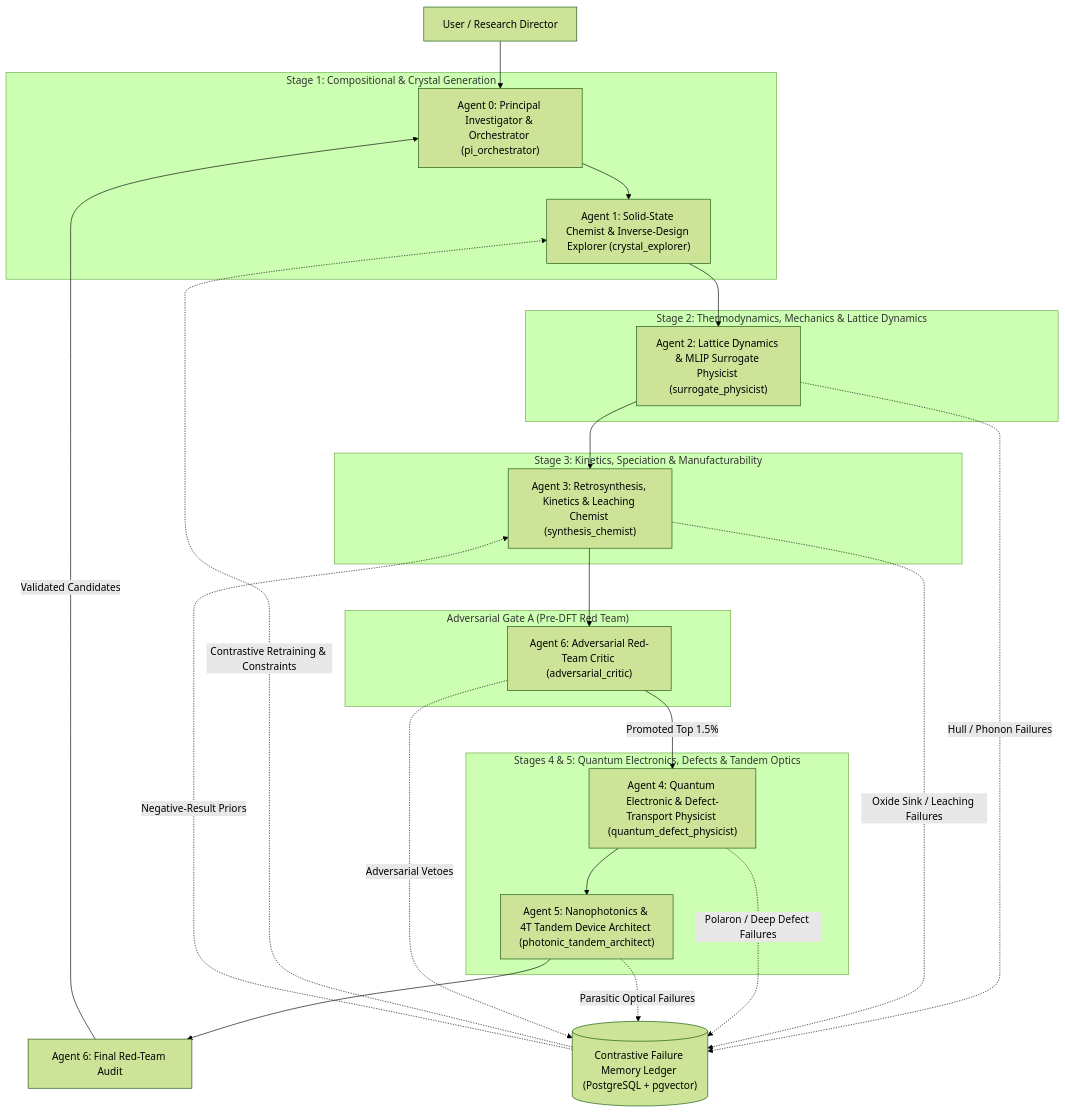
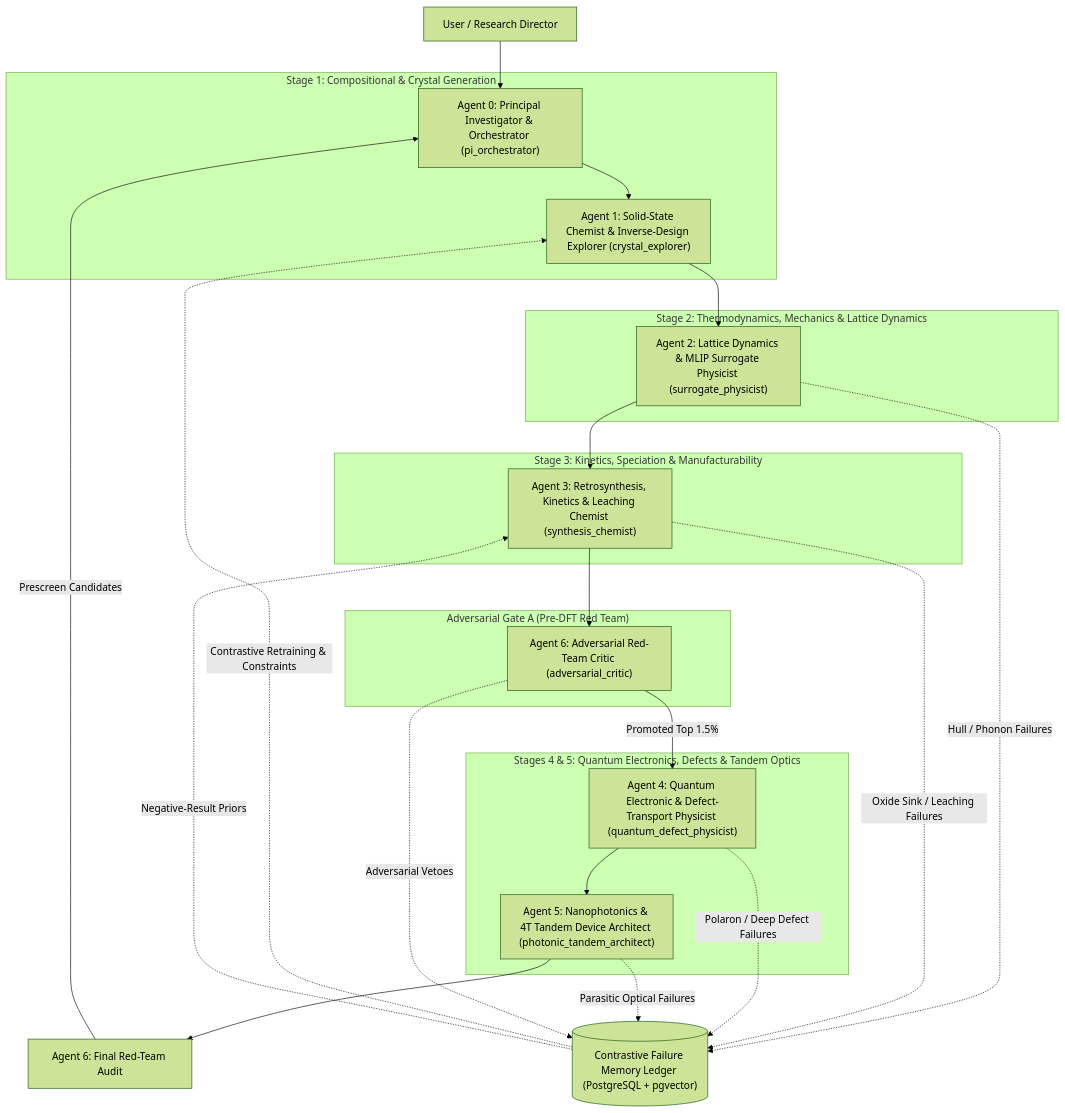
Before and after one commit to dirac1974/failsmart-matengine: the diagram in docs/PLAN.md, drawn with Mermaid (forest theme). The commit also changed other lines of this file and 48 other files, not shown here.

Commit message:
T2: finish relabelling schemas, code, SQLite columns, outputs, and docs with provenance tags

````diff
--- a/docs/PLAN.md
+++ b/docs/PLAN.md
@@ -29,36 +29,36 @@
 ```mermaid
 flowchart TD
     User["User / Research Director"] --> PI["Agent 0: Principal Investigator & Orchestrator (pi_orchestrator)"]
     
     subgraph Stage1["Stage 1: Compositional & Crystal Generation"]
         PI --> A1["Agent 1: Solid-State Chemist & Inverse-Design Explorer (crystal_explorer)"]
     end
     
     subgraph Stage2["Stage 2: Thermodynamics, Mechanics & Lattice Dynamics"]
         A1 --> A2["Agent 2: Lattice Dynamics & MLIP Surrogate Physicist (surrogate_physicist)"]
     end
     
     subgraph Stage3["Stage 3: Kinetics, Speciation & Manufacturability"]
         A2 --> A3["Agent 3: Retrosynthesis, Kinetics & Leaching Chemist (synthesis_chemist)"]
     end
 
     subgraph GateA["Adversarial Gate A (Pre-DFT Red Team)"]
         A3 --> A6["Agent 6: Adversarial Red-Team Critic (adversarial_critic)"]
     end
 
     subgraph Stage4_5["Stages 4 & 5: Quantum Electronics, Defects & Tandem Optics"]
         A6 -->|Promoted Top 1.5%| A4["Agent 4: Quantum Electronic & Defect-Transport Physicist (quantum_defect_physicist)"]
         A4 --> A5["Agent 5: Nanophotonics & 4T Tandem Device Architect (photonic_tandem_architect)"]
     end
 
     A5 --> A6_Final["Agent 6: Final Red-Team Audit"]
-    A6_Final -->|Validated Candidates| PI
+    A6_Final -->|Prescreen Candidates| PI
 
     A2 -.->|Hull / Phonon Failures| FML[("Contrastive Failure Memory Ledger (PostgreSQL + pgvector)")]
     A3 -.->|Oxide Sink / Leaching Failures| FML
     A4 -.->|Polaron / Deep Defect Failures| FML
     A5 -.->|Parasitic Optical Failures| FML
     A6 -.->|Adversarial Vetoes| FML
     FML -.->|Contrastive Retraining & Constraints| A1
     FML -.->|Negative-Result Priors| A3
 ```
````
